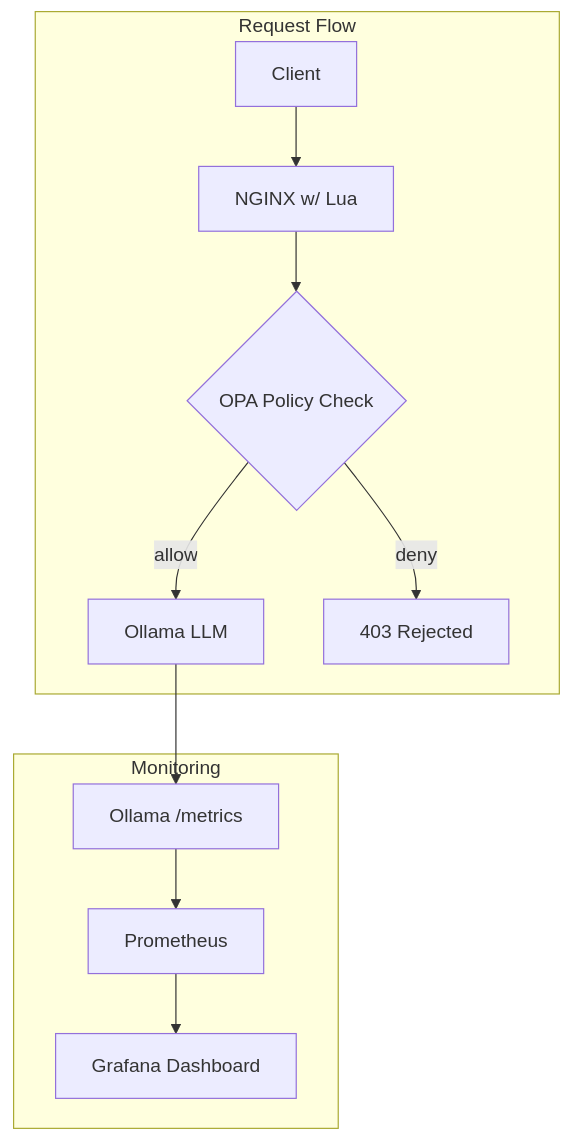
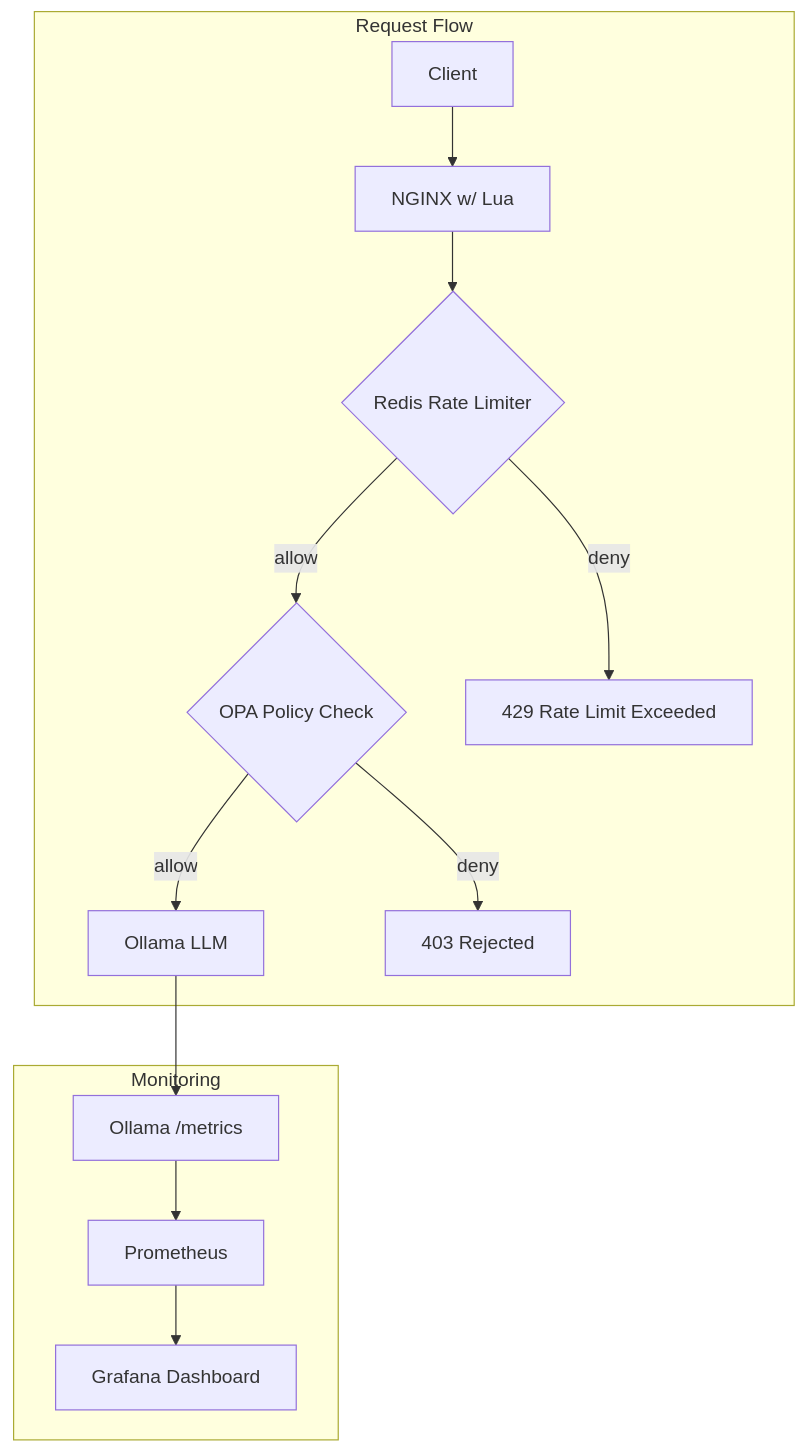
The diagram in ollama_security_observability_ratelimiting/README.md (itspkannan/ai_lab), drawn with Mermaid before and after one commit. The commit also changed other lines of this file and 8 other files, not shown here.

`````diff
--- a/ollama_security_observability_ratelimiting/README.md
+++ b/ollama_security_observability_ratelimiting/README.md
@@ -7,15 +7,17 @@
 ```mermaid
 graph TD
   subgraph Request Flow
     A[Client] --> B[NGINX w/ Lua]
-    B --> C{OPA Policy Check}
+    B --> RL{Redis Rate Limiter}
+    RL -- allow --> C{OPA Policy Check}
+    RL -- deny --> X[429 Rate Limit Exceeded]
     C -- allow --> D[Ollama LLM]
     C -- deny --> E[403 Rejected]
   end
 
   subgraph Monitoring
     D --> F[Ollama /metrics]
     F --> G[Prometheus]
     G --> H[Grafana Dashboard]
   end
 ````
`````
